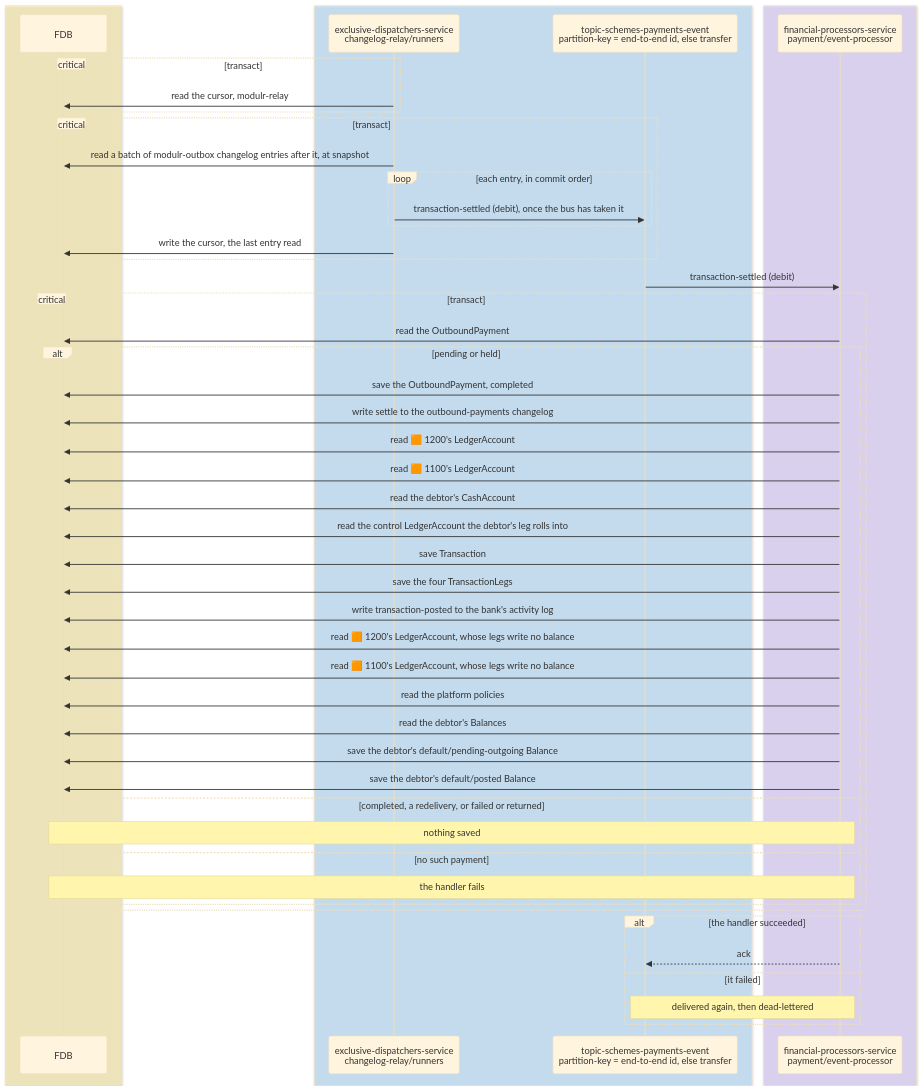
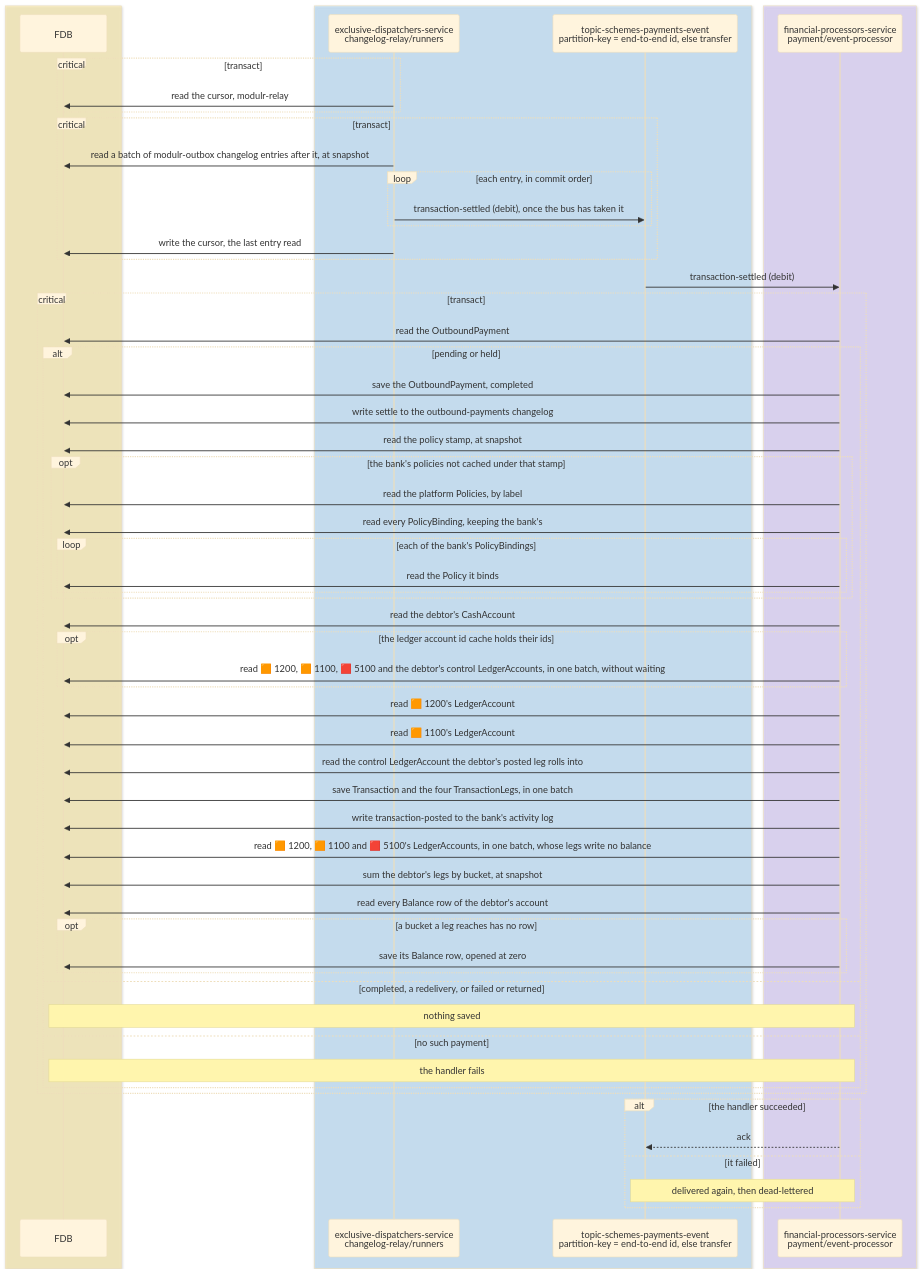
Before and after one commit to repldriven/queenswood: the ninth of 15 diagrams in docs/tdd/payments-outbound.md, drawn with Mermaid (base theme). The commit also changed other lines of this file and 2 other files, not shown here.

Commit message:
Draw each payment flow's FDB calls as the code makes them: balances summed from legs and a row saved only where a bucket opens, batched reads and saves, the policy stamp and the ledger account id cache, and the intent poller's limited reads, rounds and concurrent reconciles

````diff
--- a/docs/tdd/payments-outbound.md
+++ b/docs/tdd/payments-outbound.md
@@ -479,53 +527,63 @@
 ```mermaid
 sequenceDiagram
     box rgba(255, 236, 153, 0.5)
     participant DB as FDB
     end
     box rgba(165, 216, 255, 0.45)
     participant OR as exclusive-dispatchers-service<br/>changelog-relay/runners
     participant SE as topic-schemes-payments-event<br/>partition-key = end-to-end id, else transfer
     end
     box rgba(208, 191, 255, 0.45)
     participant PE as financial-processors-service<br/>payment/event-processor
     end
     critical transact
     OR->>DB: read the cursor, modulr-relay
     end
     critical transact
     OR->>DB: read a batch of modulr-outbox changelog entries after it, at snapshot
     loop each entry, in commit order
     OR->>SE: transaction-settled (debit), once the bus has taken it
     end
     OR->>DB: write the cursor, the last entry read
     end
     SE->>PE: transaction-settled (debit)
     critical transact
     PE->>DB: read the OutboundPayment
     alt pending or held
     PE->>DB: save the OutboundPayment, completed
     PE->>DB: write settle to the outbound-payments changelog
+    PE->>DB: read the policy stamp, at snapshot
+    opt the bank's policies not cached under that stamp
+    PE->>DB: read the platform Policies, by label
+    PE->>DB: read every PolicyBinding, keeping the bank's
+    loop each of the bank's PolicyBindings
+    PE->>DB: read the Policy it binds
+    end
+    end
+    PE->>DB: read the debtor's CashAccount
+    opt the ledger account id cache holds their ids
+    PE->>DB: read 🟧 1200, 🟧 1100, 🟥 5100 and the debtor's control LedgerAccounts, in one batch, without waiting
+    end
     PE->>DB: read 🟧 1200's LedgerAccount
     PE->>DB: read 🟧 1100's LedgerAccount
-    PE->>DB: read the debtor's CashAccount
-    PE->>DB: read the control LedgerAccount the debtor's leg rolls into
-    PE->>DB: save Transaction
-    PE->>DB: save the four TransactionLegs
+    PE->>DB: read the control LedgerAccount the debtor's posted leg rolls into
+    PE->>DB: save Transaction and the four TransactionLegs, in one batch
     PE->>DB: write transaction-posted to the bank's activity log
-    PE->>DB: read 🟧 1200's LedgerAccount, whose legs write no balance
-    PE->>DB: read 🟧 1100's LedgerAccount, whose legs write no balance
-    PE->>DB: read the platform policies
-    PE->>DB: read the debtor's Balances
-    PE->>DB: save the debtor's default/pending-outgoing Balance
-    PE->>DB: save the debtor's default/posted Balance
+    PE->>DB: read 🟧 1200, 🟧 1100 and 🟥 5100's LedgerAccounts, in one batch, whose legs write no balance
+    PE->>DB: sum the debtor's legs by bucket, at snapshot
+    PE->>DB: read every Balance row of the debtor's account
+    opt a bucket a leg reaches has no row
+    PE->>DB: save its Balance row, opened at zero
+    end
     else completed, a redelivery, or failed or returned
     Note over PE,DB: nothing saved
     else no such payment
     Note over PE,DB: the handler fails
     end
     end
     alt the handler succeeded
     PE-->>SE: ack
     else it failed
     Note over PE,SE: delivered again, then dead-lettered
     end
 ```
````
